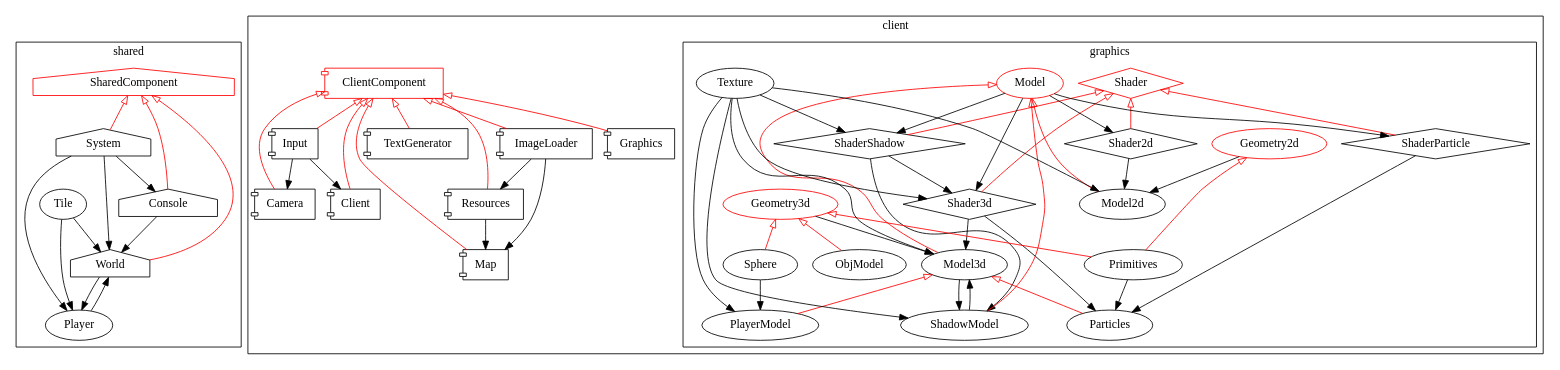
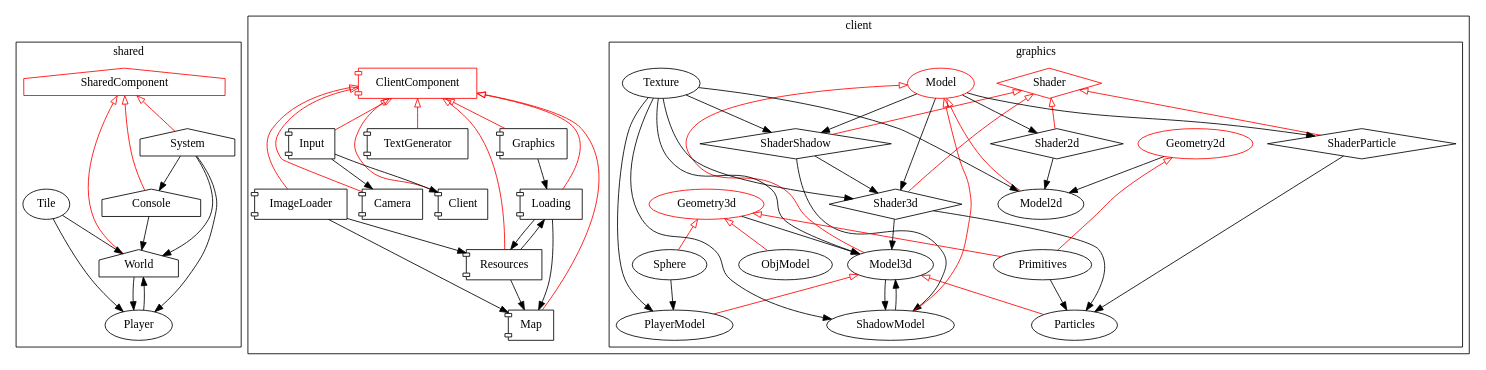
Before and after one commit to AsGreyWolf/Teeworlds3d: the diagram in graph.dot, drawn with Graphviz. The commit also changed 19 other files, not shown here.

Commit message:
Loading component, warning fixes

```diff
--- a/graph.dot
+++ b/graph.dot
@@ -1,151 +1,160 @@
  digraph tee3d {
- 	subgraph cluster_0 { 
- 		label="shared"; 
+ 	subgraph cluster_0 {
+ 		label="shared";
  		SharedComponent [shape=house color=red];
  		Console [shape=house];
 	 	System [shape=house];
 	 	World [shape=house];
 	 	Tile;
 	 	Player;
 		SharedComponent->Console[color=red arrowhead=none arrowtail=empty dir=back];
 		SharedComponent->System[color=red arrowhead=none arrowtail=empty dir=back];
 		SharedComponent->World[color=red arrowhead=none arrowtail=empty dir=back];
 		World->Player;
 		System->Player;
 		Tile->Player;
 		Player->World;
 		Tile->World;
 		Console->World;
 		System->World;
 		System->Console;
  	}
- 	subgraph cluster_1 { 
- 		label="client"; 
+ 	subgraph cluster_1 {
+ 		label="client";
 	 	ClientComponent [shape=component color=red];
 	 	Client [shape=component];
 	 	Graphics [shape=component];
 	 	Camera [shape=component];
 	 	Resources [shape=component];
 	 	Input [shape=component];
 	 	Map [shape=component];
 	 	TextGenerator [shape=component];
 	 	ImageLoader [shape=component];
+	 	Loading [shape=component];
 
 		ClientComponent->Camera[color=red arrowhead=none arrowtail=empty dir=back];
 		ClientComponent->Client[color=red arrowhead=none arrowtail=empty dir=back];
 		ClientComponent->Graphics[color=red arrowhead=none arrowtail=empty dir=back];
 		ClientComponent->Resources[color=red arrowhead=none arrowtail=empty dir=back];
 		ClientComponent->Input[color=red arrowhead=none arrowtail=empty dir=back];
 		ClientComponent->Map[color=red arrowhead=none arrowtail=empty dir=back];
 		ClientComponent->TextGenerator[color=red arrowhead=none arrowtail=empty dir=back];
 		ClientComponent->ImageLoader[color=red arrowhead=none arrowtail=empty dir=back];
+		ClientComponent->Loading[color=red arrowhead=none arrowtail=empty dir=back];
 
 		Input->Client;
 		Input->Camera;
 
 		ImageLoader->Map;
 		ImageLoader->Resources->Map;
+		Loading->Map;
+		Loading->Resources;
+		Graphics->Loading;
+		Resources->Loading;
 
 	 	subgraph cluster_2 {
-	 		label="graphics"; 
+	 		label="graphics";
 			Shader [shape=diamond color=red];
 			Shader3d [shape=diamond];
 			ShaderShadow [shape=diamond];
 			Shader2d [shape=diamond];
 			ShaderParticle [shape=diamond];
 			Model [color=red];
 			Geometry3d[color=red];
 			Geometry2d[color=red];
 			Model3d;
 			Model2d;
 			ShadowModel;
 			PlayerModel;
 			Particles;
 			ObjModel;
 			Primitives;
 			Sphere;
 			Texture;
 			Model->Model3d->PlayerModel[color=red arrowhead=none arrowtail=empty dir=back];
 			Model->ShadowModel[color=red arrowhead=none arrowtail=empty dir=back];
 			Model->Model2d[color=red arrowhead=none arrowtail=empty dir=back];
 			Shader->Shader3d[color=red arrowhead=none arrowtail=empty dir=back];
 			Shader->ShaderShadow[color=red arrowhead=none arrowtail=empty dir=back];
 			Shader->ShaderParticle[color=red arrowhead=none arrowtail=empty dir=back];
 			Shader->Shader2d[color=red arrowhead=none arrowtail=empty dir=back];
 			Geometry3d->ObjModel[color=red arrowhead=none arrowtail=empty dir=back];
 			Geometry3d->Primitives[color=red arrowhead=none arrowtail=empty dir=back];
 			Geometry3d->Sphere[color=red arrowhead=none arrowtail=empty dir=back];
 			Geometry2d->Primitives[color=red arrowhead=none arrowtail=empty dir=back];
 			Model3d->Particles[color=red arrowhead=none arrowtail=empty dir=back];
 
 			Shader3d->Model3d;
 			Texture->Model3d;
 			ShadowModel->Model3d;
 			Geometry3d->Model3d;
 			Shader2d->Model2d;
 			Texture->Model2d;
 			Geometry2d->Model2d;
 			Texture->PlayerModel;
 			Sphere->PlayerModel;
 			Model->Shader3d;
 			Texture->Shader3d;
 			ShaderShadow->Shader3d;
 			Model->Shader2d;
 			Texture->ShaderShadow;
 			Model->ShaderShadow;
 			Model->ShaderParticle;
 			Model3d->ShadowModel;
 			ShaderShadow->ShadowModel;
 			Texture->ShadowModel;
 			Shader3d->Particles;
 			ShaderParticle->Particles;
 			Primitives->Particles;
 	 	}
 	 	/*
 		Graphics->Model3d;
 		Graphics->Model2d;
 		Resources->PlayerModel;
 		Camera->Shader3d;
 		Graphics->Shader3d;
 		Graphics->Shader2d;
 		Shader->Graphics;
 		Camera->ShaderShadow;
 		Graphics->ShaderShadow;
 		Camera->ShaderParticle;
 		Graphics->ShaderParticle;
 
 		PlayerModel->Resources;
 		Texture->Resources;
 		Model3d->Resources;
 		Primitives->Resources;
 		ObjModel->Resources;
 		Model3d->Map;
 		PlayerModel->Map;
 		Primitives->Map;
 		Texture->TextGenerator;
-		Texture->ImageLoader;*/
+		Texture->ImageLoader;
+		Model2d->Loading;
+		Primitives->Loading;*/
  	}
  	/*
 	SharedComponent->ClientComponent[color=red arrowhead=none arrowtail=empty dir=back];
 	System->Camera;
 	Map->Client;
 	Console->Client;
 	Console->Graphics;
 	System->Resources;
 	World->Map;
 	Tile->Map;
 	Console->TextGenerator;
 	System->TextGenerator;
 	Console->ImageLoader;
 	System->ImageLoader;
-	
+	System->Loading;
+
 		Player->PlayerModel;
 		System->PlayerModel;
 		Console->Shader;
 		System->Shader;
 		System->Texture;
 		Graphics->Texture;
 		System->ObjModel;
 		System->ShaderParticle;
 		*/
 }
```
